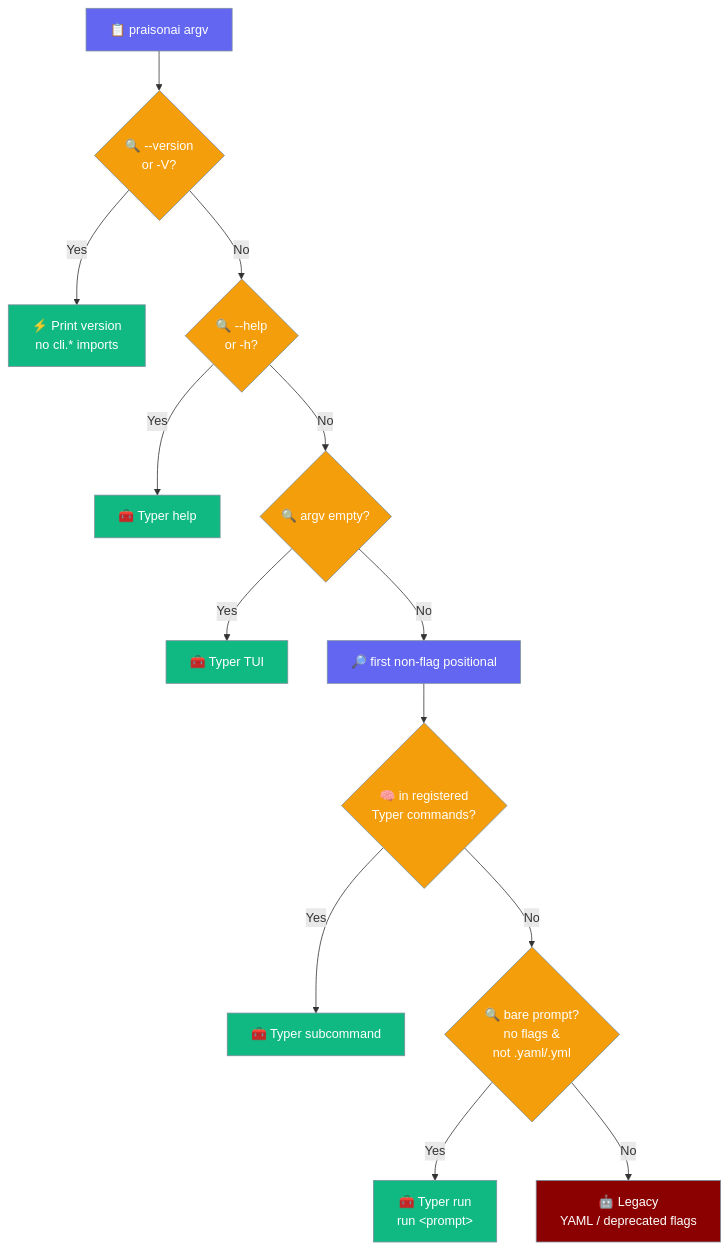
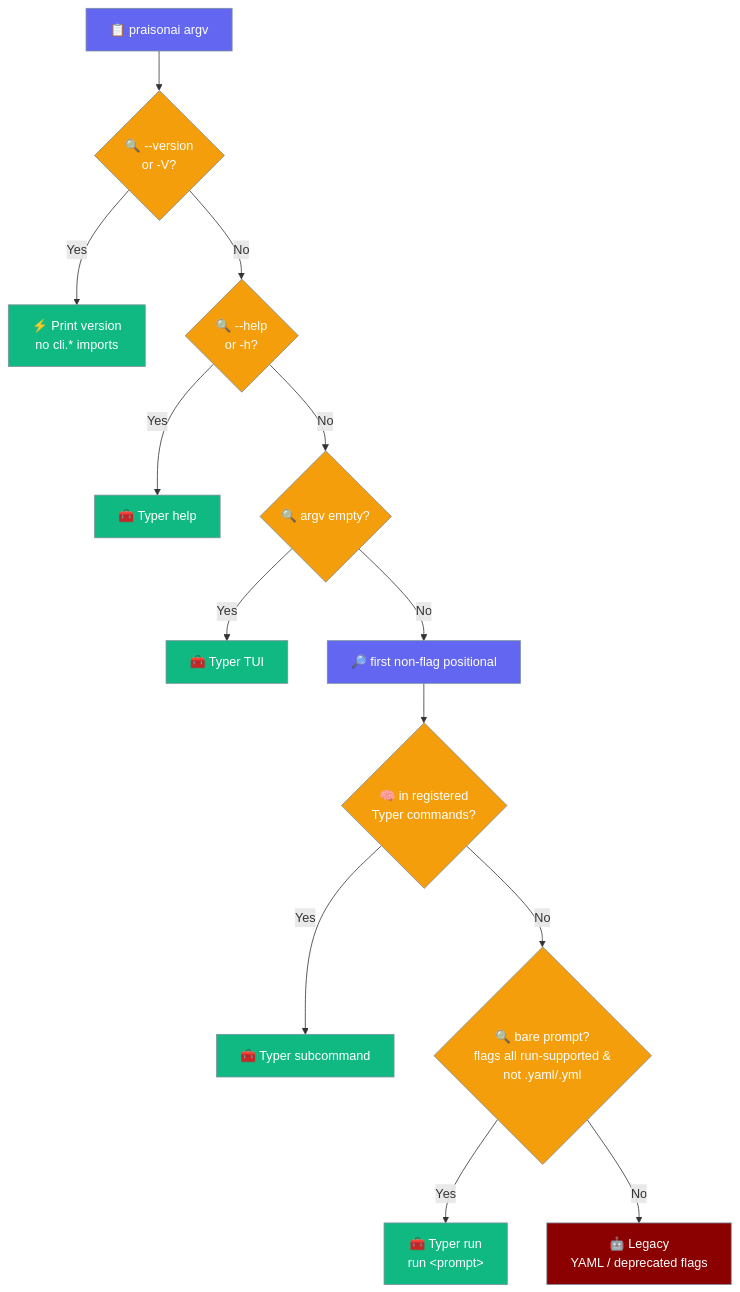
The third of 5 diagrams in docs/features/cli-dispatcher.mdx (MervinPraison/PraisonAIDocs), drawn with Mermaid before and after one commit. The commit also changed other lines of this file and 3 other files, not shown here.

First line of the commit message:
docs: bare prompts with run-supported flags reach the modern engine (fixes #2454)

````diff
--- a/docs/features/cli-dispatcher.mdx
+++ b/docs/features/cli-dispatcher.mdx
@@ -59,26 +59,26 @@
 ```mermaid
 graph TB
     Start[📋 praisonai argv] --> V{🔍 --version<br/>or -V?}
     V -->|Yes| Print[⚡ Print version<br/>no cli.* imports]
     V -->|No| H{🔍 --help<br/>or -h?}
     H -->|Yes| Typer1[🧰 Typer help]
     H -->|No| E{🔍 argv empty?}
     E -->|Yes| Typer2[🧰 Typer TUI]
     E -->|No| F[🔎 first non-flag positional]
     F --> K{🧠 in registered<br/>Typer commands?}
     K -->|Yes| Typer3[🧰 Typer subcommand]
-    K -->|No| B{🔍 bare prompt?<br/>no flags &amp;<br/>not .yaml/.yml}
+    K -->|No| B{🔍 bare prompt?<br/>flags all run-supported &amp;<br/>not .yaml/.yml}
     B -->|Yes| Run[🧰 Typer run<br/>run &lt;prompt&gt;]
     B -->|No| Legacy[🤖 Legacy<br/>YAML / deprecated flags]
 
     classDef input fill:#6366F1,stroke:#7C90A0,color:#fff
     classDef check fill:#F59E0B,stroke:#7C90A0,color:#fff
     classDef route fill:#10B981,stroke:#7C90A0,color:#fff
     classDef agent fill:#8B0000,stroke:#7C90A0,color:#fff
 
     class Start input
     class V,H,E,K,B check
     class F input
     class Print,Typer1,Typer2,Typer3,Run route
     class Legacy agent
 ```
````
